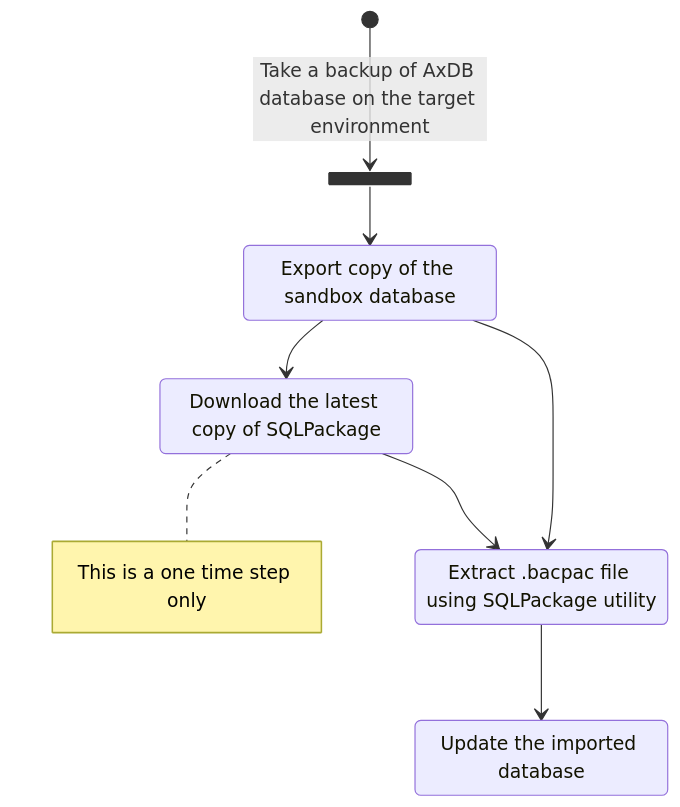
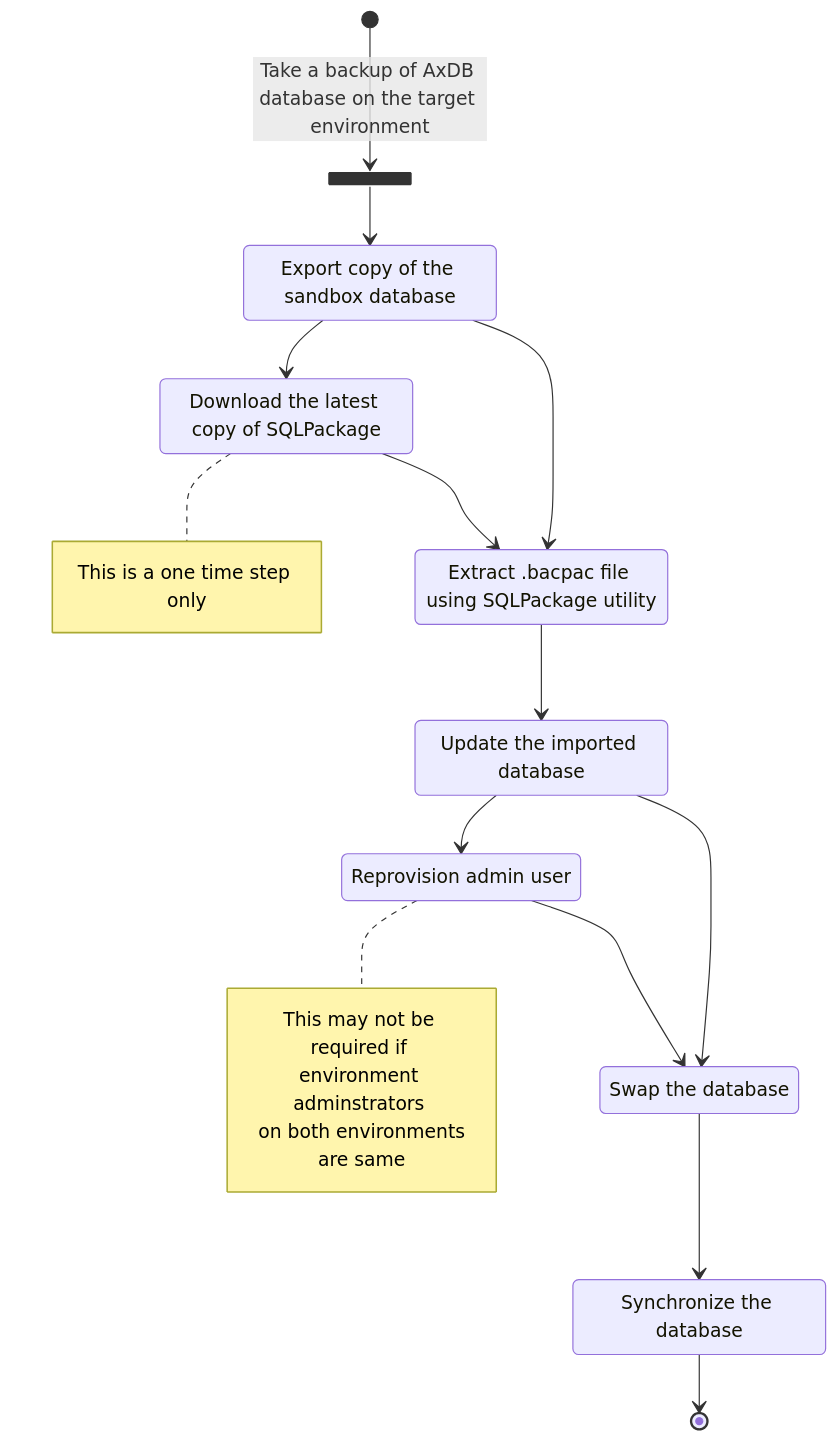
One commit to shakirshabbir/D365FinOps changed the diagram in Database movement/Tier 2 to Tier 1/README.md. Above: the diagram before and after it, drawn with Mermaid. The commit also changed other lines of this file, not shown here.

````diff
--- a/Database movement/Tier 2 to Tier 1/README.md
+++ b/Database movement/Tier 2 to Tier 1/README.md
@@ -4,18 +4,33 @@
 ```mermaid
 stateDiagram-v2
   s1: Export copy of the sandbox database
   s2: Download the latest copy of SQLPackage
   s3: Extract .bacpac file using SQLPackage utility
   note right of s2
     This is a one time step only
   end note
+  %%c1: Prepare the imported database
   s4: Update the imported database
+  s5: Reprovision admin user
+  note right of s5
+    This may not be required if 
+     environment adminstrators 
+       on both environments
+            are same
+  end note  
+  s6: Swap the database
+  s7: Synchronize the database
 
   state fork_state <<fork>>
     [*] --> fork_state : Take a backup of AxDB database on the target environment
     fork_state --> s1
     s1 --> s2
     s1 --> s3
     s2 --> s3
     s3 --> s4
+    s4 --> s5
+    s4 --> s6
+    s5 --> s6
+    s6 --> s7
+    s7 --> [*]
 ```
````
